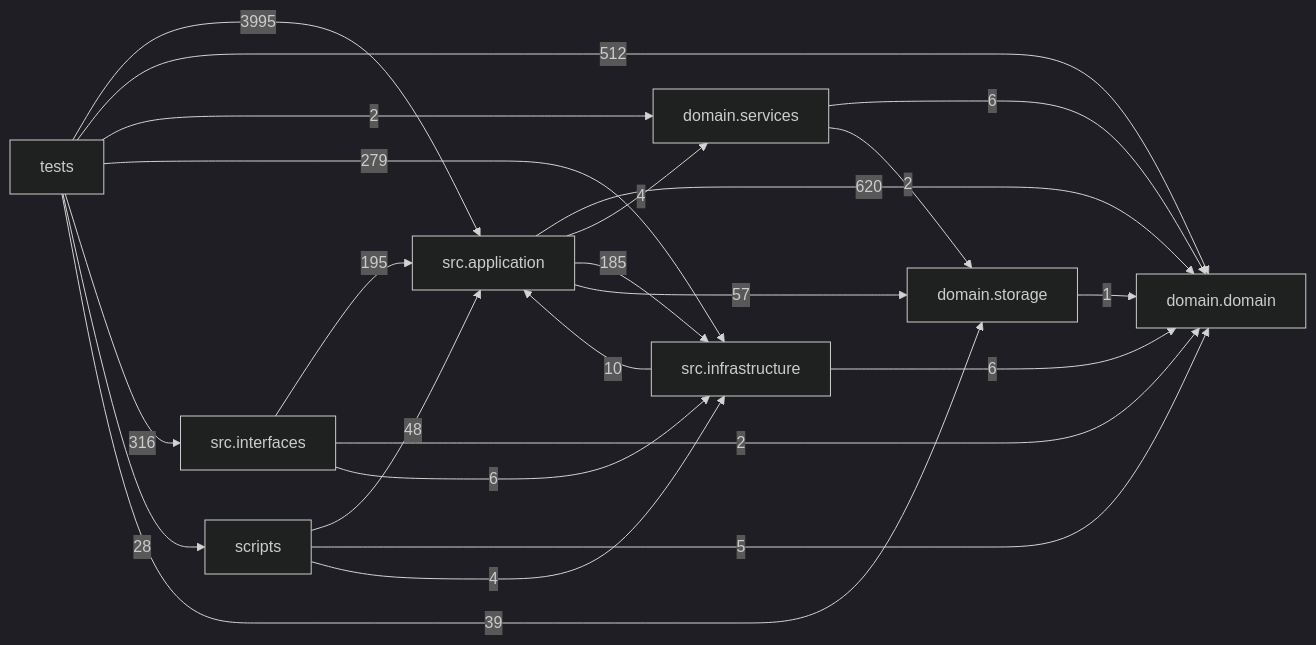
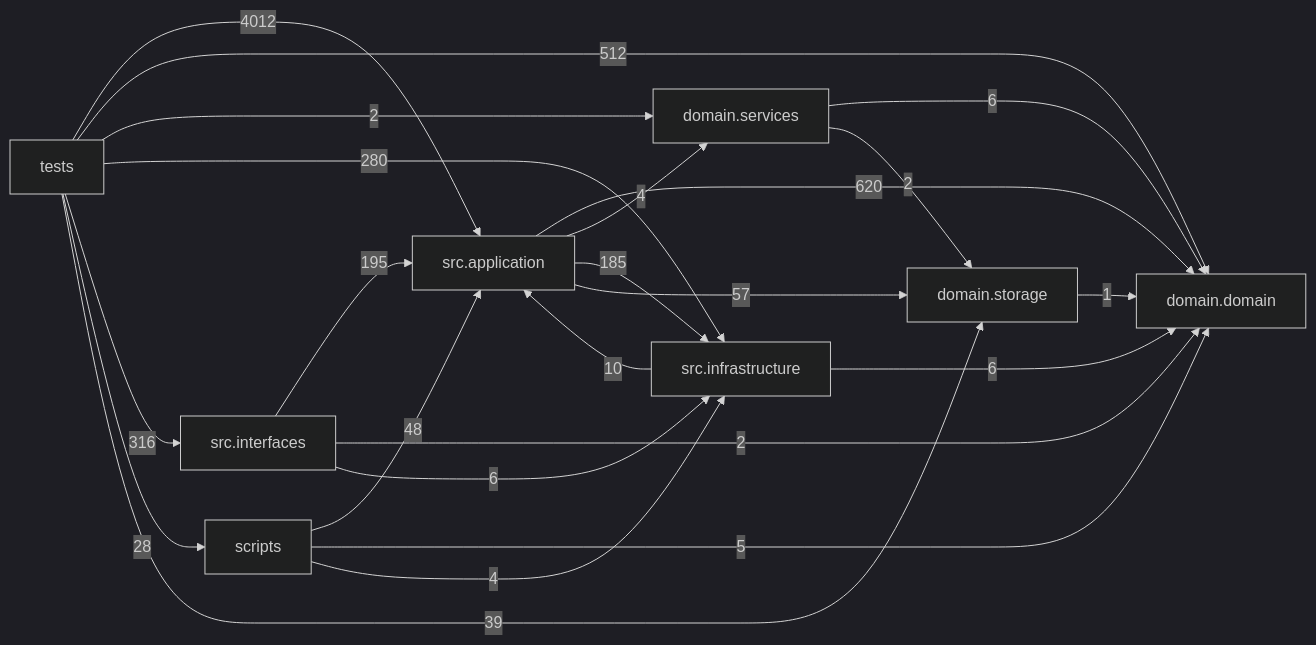
Before and after one commit to liuxie066/options-monitor: the diagram in docs/DEPENDENCY_GRAPH.md, drawn with Mermaid (dark theme). The commit also changed other lines of this file and 7 other files, not shown here.

````diff
--- a/docs/DEPENDENCY_GRAPH.md
+++ b/docs/DEPENDENCY_GRAPH.md
@@ -24,33 +24,33 @@
 ```mermaid
 flowchart LR
   tests["tests"]
   scripts["scripts"]
   interfaces["src.interfaces"]
   application["src.application"]
   infrastructure["src.infrastructure"]
   domain_services["domain.services"]
   domain["domain.domain"]
   storage["domain.storage"]
   application -->|620| domain
   application -->|4| domain_services
   application -->|185| infrastructure
   application -->|57| storage
   domain_services -->|6| domain
   domain_services -->|2| storage
   infrastructure -->|10| application
   infrastructure -->|6| domain
   interfaces -->|195| application
   interfaces -->|2| domain
   interfaces -->|6| infrastructure
   scripts -->|48| application
   scripts -->|5| domain
   scripts -->|4| infrastructure
   storage -->|1| domain
-  tests -->|3995| application
+  tests -->|4012| application
   tests -->|512| domain
   tests -->|2| domain_services
-  tests -->|279| infrastructure
+  tests -->|280| infrastructure
   tests -->|316| interfaces
   tests -->|28| scripts
   tests -->|39| storage
 ```
````
